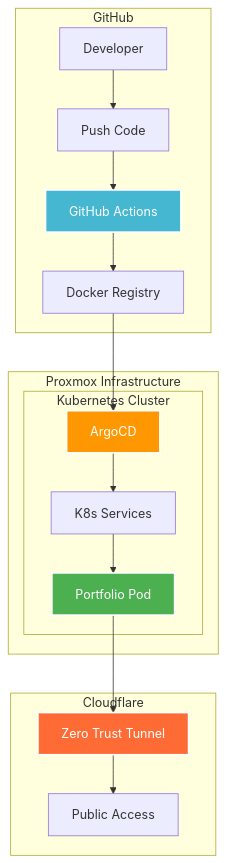
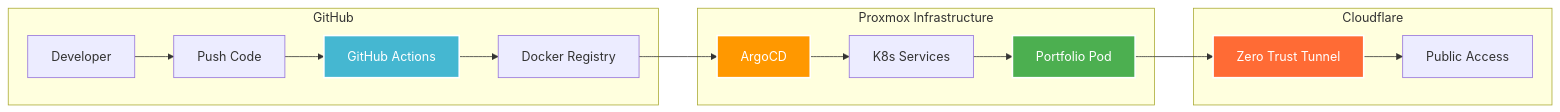
One commit to hojhon/hojhon-site changed the second of 2 diagrams in README.md. Above: the diagram before and after it, drawn with Mermaid.

````diff
--- a/README.md
+++ b/README.md
@@ -39,27 +39,22 @@
 ```mermaid
-graph TB
+graph LR
     subgraph "GitHub"
-        A[Developer] --> B[Push Code]
-        B --> C[GitHub Actions]
-        C --> D[Docker Registry]
+        A[Developer] --> B[Push Code] --> C[GitHub Actions] --> D[Docker Registry]
     end
     
     subgraph "Proxmox Infrastructure"
-        subgraph "Kubernetes Cluster"
-            E[ArgoCD] --> F[K8s Services]
-            F --> G[Portfolio Pod]
-        end
+        E[ArgoCD] --> F[K8s Services] --> G[Portfolio Pod]
     end
     
     subgraph "Cloudflare"
         H[Zero Trust Tunnel] --> I[Public Access]
     end
     
     D --> E
     G --> H
     
     style C fill:#45b7d1,stroke:#ffffff,stroke-width:2px,color:#ffffff
     style E fill:#ff9800,stroke:#ffffff,stroke-width:2px,color:#ffffff
     style G fill:#4caf50,stroke:#ffffff,stroke-width:2px,color:#ffffff
     style H fill:#ff6b35,stroke:#ffffff,stroke-width:2px,color:#ffffff
 ```
````
